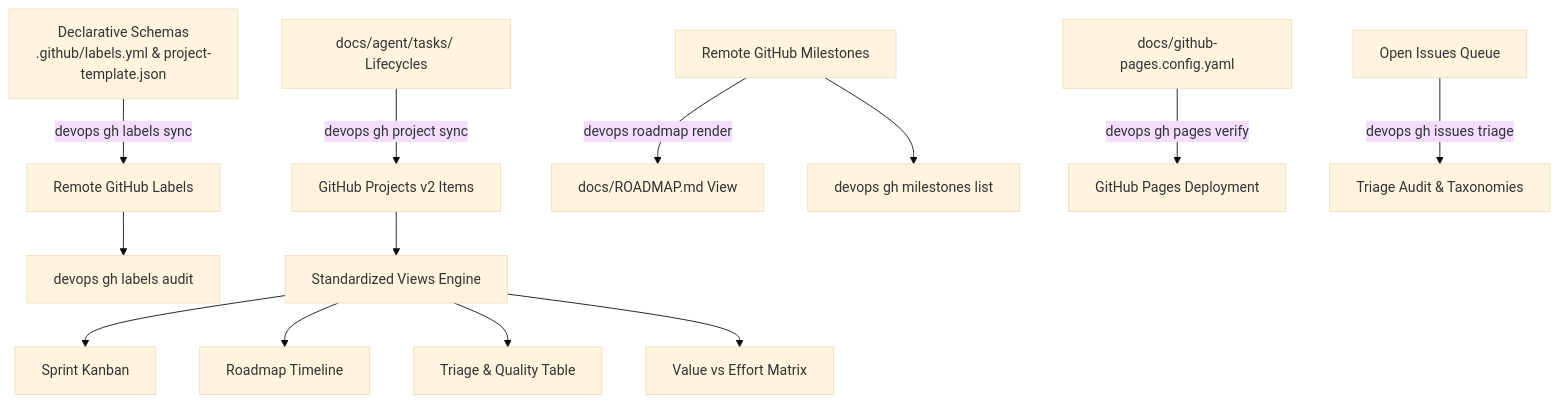
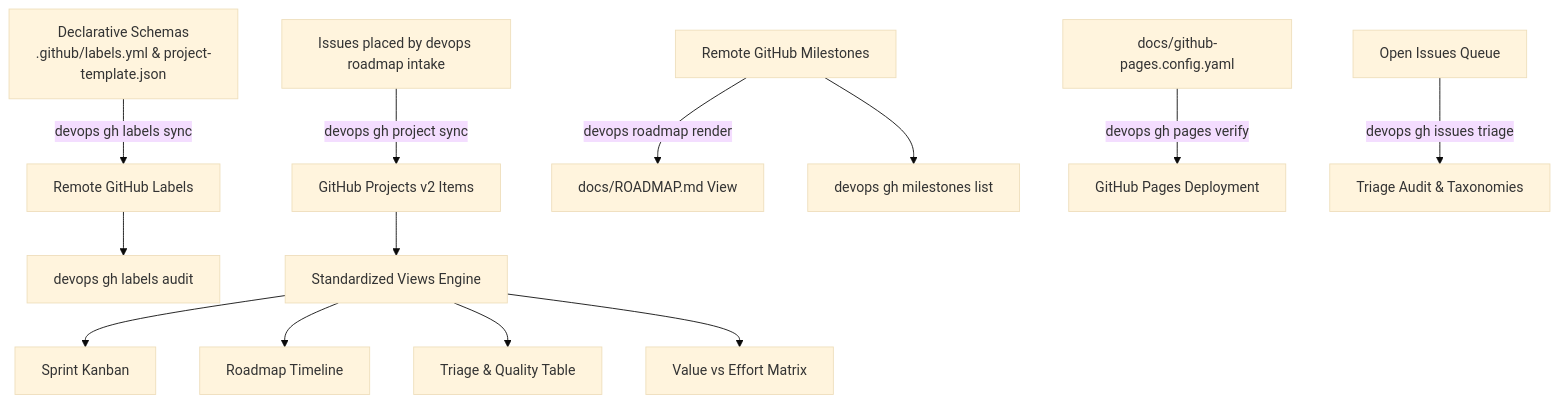
Before and after one commit to dan-petty/devops-cli: the diagram in src/devops_cli/ai/knowledge_base/devops_cli/tasks/github_project_management.md, drawn with Mermaid (base theme). The commit also changed other lines of this file and 245 other files, not shown here.

````diff
--- a/src/devops_cli/ai/knowledge_base/devops_cli/tasks/github_project_management.md
+++ b/src/devops_cli/ai/knowledge_base/devops_cli/tasks/github_project_management.md
@@ -17,15 +17,15 @@
 ```mermaid
 graph TD
     A[Declarative Schemas<br/>.github/labels.yml & project-template.json] -->|devops gh labels sync| B[Remote GitHub Labels]
     D[Remote GitHub Milestones] -->|devops roadmap render| C[docs/ROADMAP.md View]
-    E[docs/agent/tasks/ Lifecycles] -->|devops gh project sync| F[GitHub Projects v2 Items]
+    E[Issues placed by devops roadmap intake] -->|devops gh project sync| F[GitHub Projects v2 Items]
     G[docs/github-pages.config.yaml] -->|devops gh pages verify| H[GitHub Pages Deployment]
     I[Open Issues Queue] -->|devops gh issues triage| J[Triage Audit & Taxonomies]
     B --> K[devops gh labels audit]
     D --> L[devops gh milestones list]
     F --> M[Standardized Views Engine]
     M --> N[Sprint Kanban]
     M --> O[Roadmap Timeline]
     M --> P[Triage & Quality Table]
     M --> Q[Value vs Effort Matrix]
 ```
````
